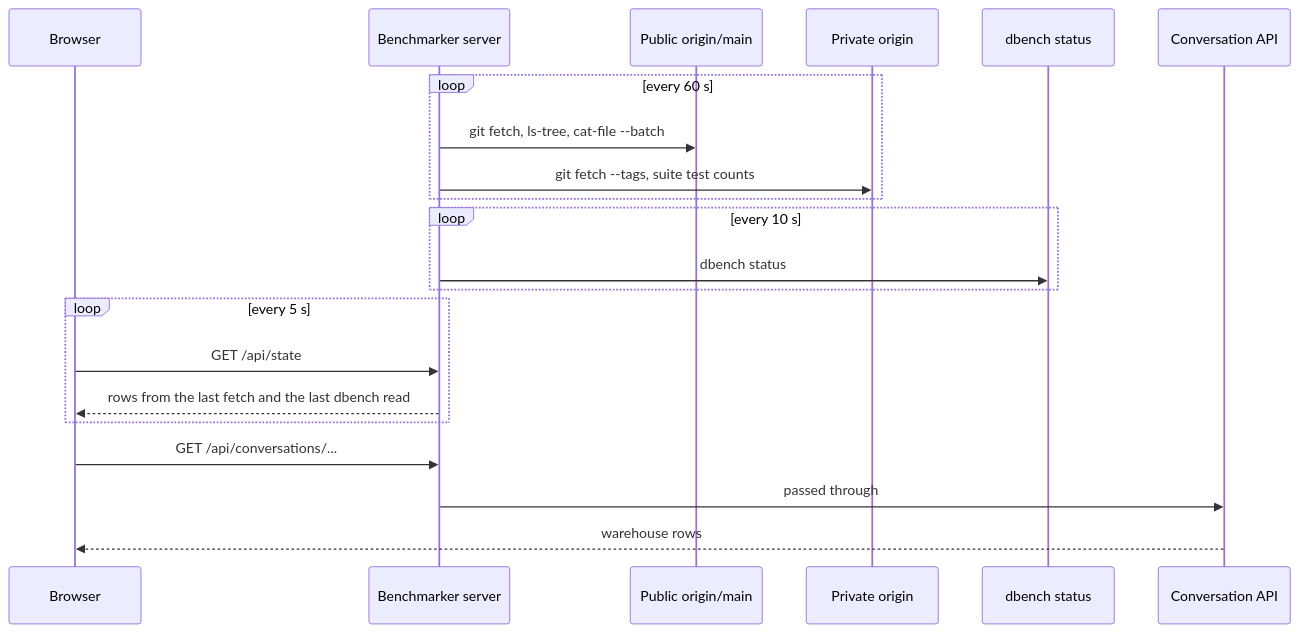
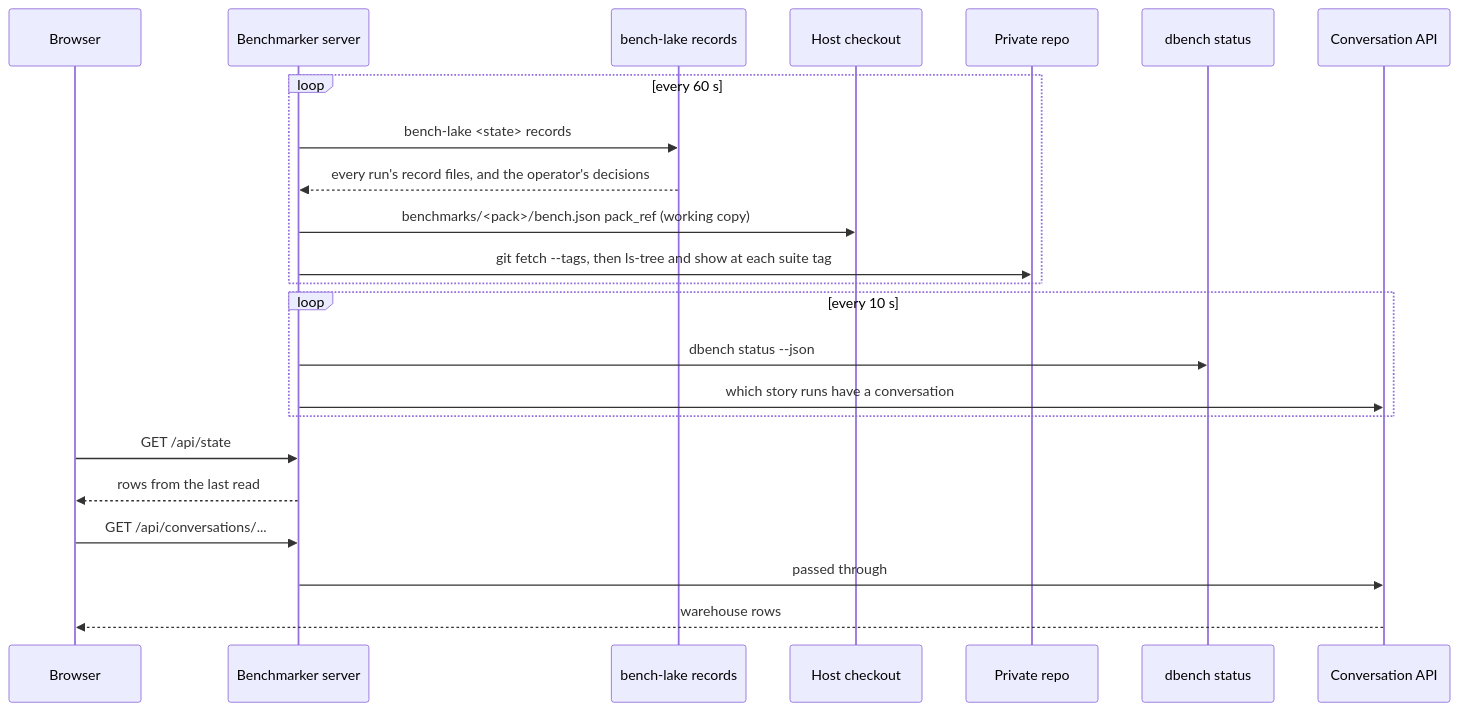
The sixth of 9 diagrams in docs/dataflow.md (boxabirds/awesome-local-ai), drawn with Mermaid before and after one commit. The commit also changed other lines of this file and 5 other files, not shown here.

````diff
--- a/docs/dataflow.md
+++ b/docs/dataflow.md
@@ -306,23 +392,25 @@
 ```mermaid
 sequenceDiagram
   participant B as Browser
   participant S as Benchmarker server
-  participant G as Public origin/main
-  participant P as Private origin
+  participant BL as bench-lake records
+  participant CK as Host checkout
+  participant P as Private repo
   participant D as dbench status
   participant API as Conversation API
   loop every 60 s
-    S->>G: git fetch, ls-tree, cat-file --batch
-    S->>P: git fetch --tags, suite test counts
+    S->>BL: bench-lake <state> records
+    BL-->>S: every run's record files, and the operator's decisions
+    S->>CK: benchmarks/<pack>/bench.json pack_ref (working copy)
+    S->>P: git fetch --tags, then ls-tree and show at each suite tag
   end
   loop every 10 s
-    S->>D: dbench status
+    S->>D: dbench status --json
+    S->>API: which story runs have a conversation
   end
-  loop every 5 s
-    B->>S: GET /api/state
-    S-->>B: rows from the last fetch and the last dbench read
-  end
+  B->>S: GET /api/state
+  S-->>B: rows from the last read
   B->>S: GET /api/conversations/...
   S->>API: passed through
   API-->>B: warehouse rows
 ```
````
